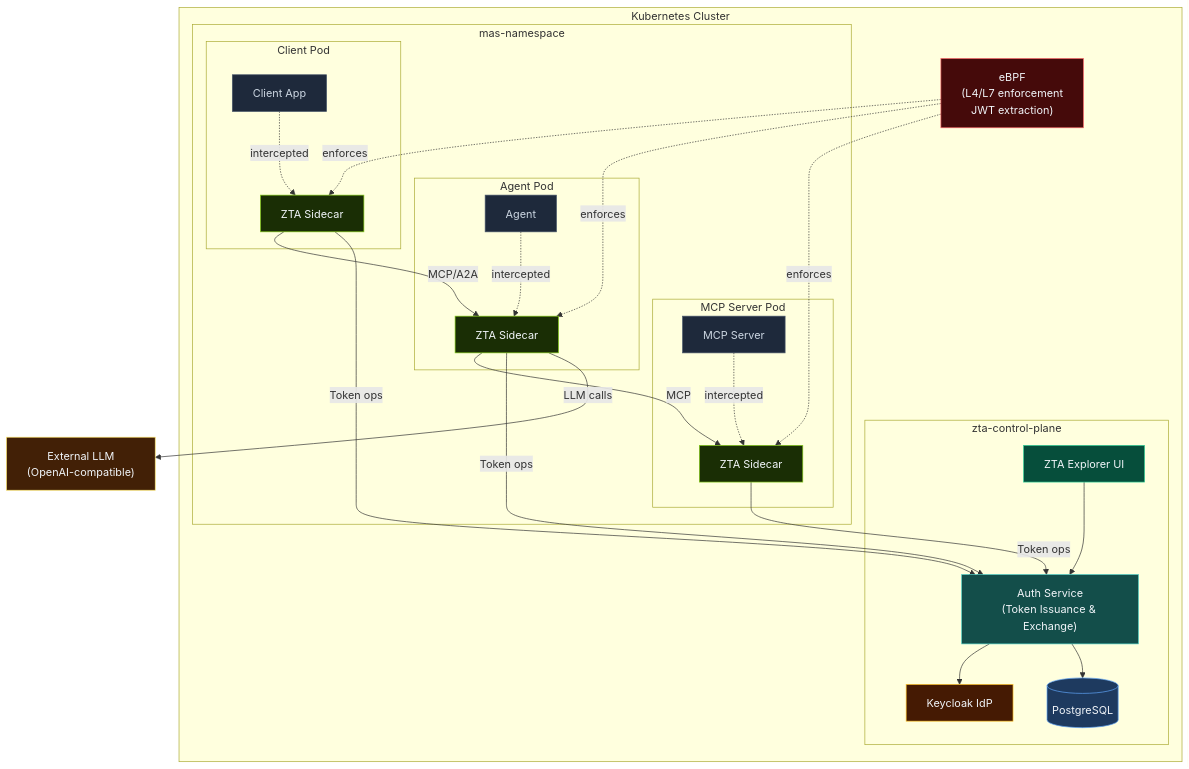
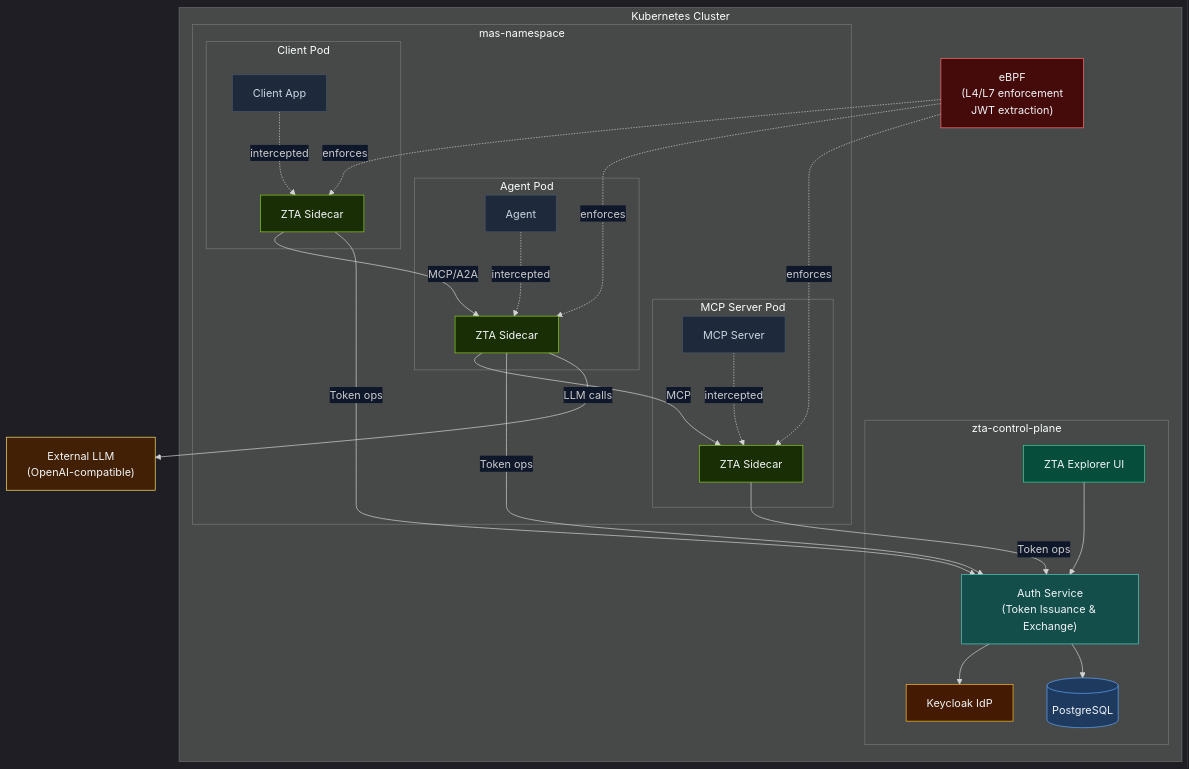
The diagram in README.md (outshift-open/CASA), drawn with Mermaid before and after one commit. The commit also changed 6 other files, not shown here.

````diff
--- a/README.md
+++ b/README.md
@@ -23,55 +23,56 @@
 ```mermaid
+%%{init: {'theme': 'dark', 'themeVariables': {'background': '#0f172a', 'edgeLabelBackground': '#0f172a'}}}%%
 graph TB
     subgraph "Kubernetes Cluster"
         subgraph "zta-control-plane"
             AUTH["Auth Service\n(Token Issuance & Exchange)"]
             KC["Keycloak IdP"]
             PG[("PostgreSQL")]
             UI["ZTA Explorer UI"]
             AUTH --> KC
             AUTH --> PG
             UI --> AUTH
         end
 
         subgraph "mas-namespace"
             subgraph "Client Pod"
                 CL["Client App"]
                 CLS["ZTA Sidecar"]
                 CL -.->|intercepted| CLS
             end
             subgraph "Agent Pod"
                 AG["Agent"]
                 AGS["ZTA Sidecar"]
                 AG -.->|intercepted| AGS
             end
             subgraph "MCP Server Pod"
                 MCP["MCP Server"]
                 MCPS["ZTA Sidecar"]
                 MCP -.->|intercepted| MCPS
             end
             CLS -->|"MCP/A2A"| AGS
             AGS -->|"MCP"| MCPS
         end
 
         EBPF["eBPF\n(L4/L7 enforcement\nJWT extraction)"]
         EBPF -.->|enforces| CLS
         EBPF -.->|enforces| AGS
         EBPF -.->|enforces| MCPS
     end
 
     CLS & AGS & MCPS -->|"Token ops"| AUTH
     AGS -->|"LLM calls"| LLM["External LLM\n(OpenAI-compatible)"]
 
     style AUTH fill:#134e4a,stroke:#4ecdc4,color:#f1f5f9
     style KC   fill:#451a03,stroke:#fbbf24,color:#f1f5f9
     style PG   fill:#1e3a5f,stroke:#60a5fa,color:#f1f5f9
     style UI   fill:#064e3b,stroke:#34d399,color:#f1f5f9
     style CL   fill:#1e293b,stroke:#475569,color:#cbd5e1
     style CLS  fill:#1a2e05,stroke:#84cc16,color:#f1f5f9
     style AG   fill:#1e293b,stroke:#475569,color:#cbd5e1
     style AGS  fill:#1a2e05,stroke:#84cc16,color:#f1f5f9
     style MCP  fill:#1e293b,stroke:#475569,color:#cbd5e1
     style MCPS fill:#1a2e05,stroke:#84cc16,color:#f1f5f9
     style EBPF fill:#450a0a,stroke:#ff6b6b,color:#f1f5f9
     style LLM  fill:#422006,stroke:#ffe66d,color:#f1f5f9
 ```
````
